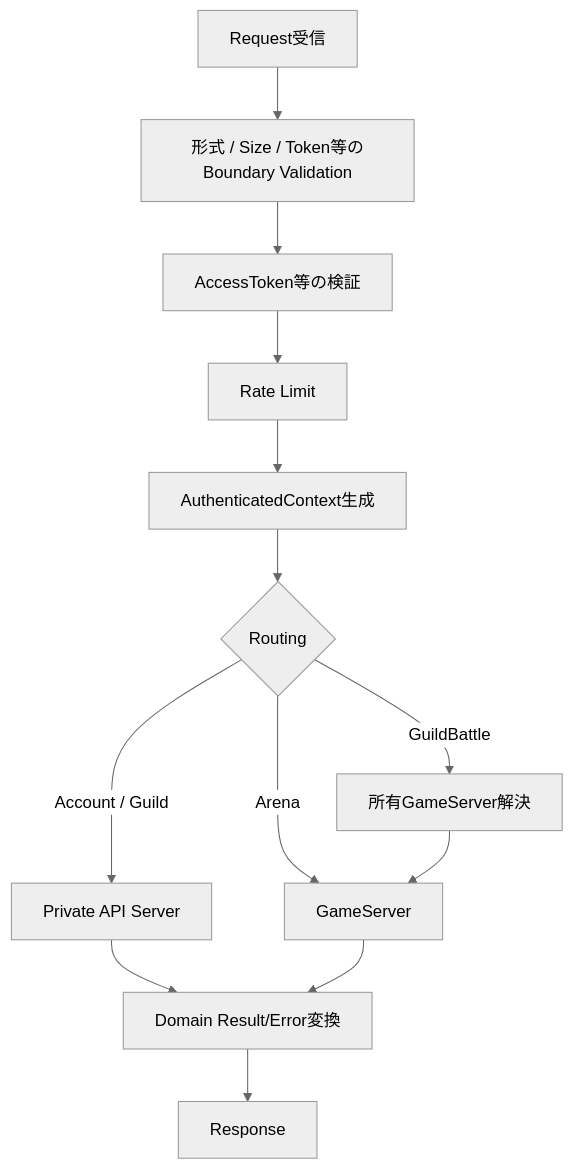
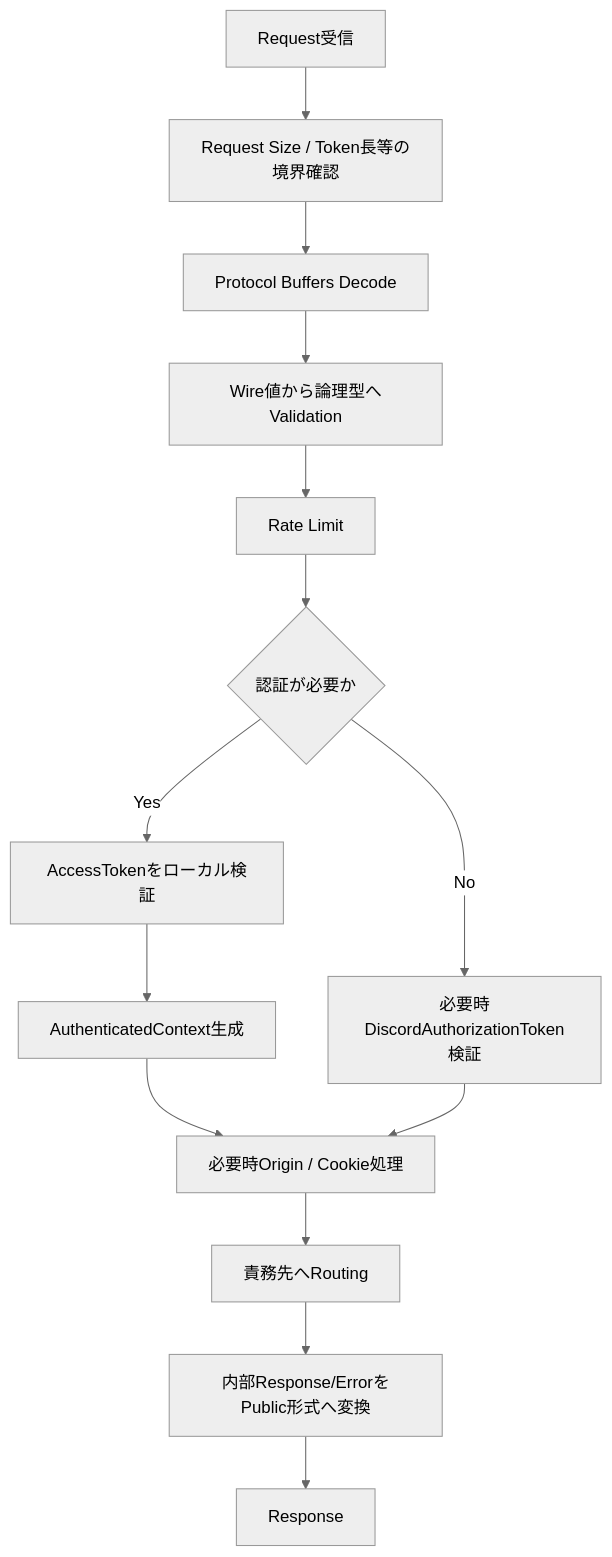
The second of 2 diagrams in design/programming/server/public_api.md (ReHydrangeaOdyssey/Specifications), drawn with Mermaid (neutral theme) before and after one commit. The commit also changed other lines of this file and 35 other files, not shown here.

````diff
--- a/design/programming/server/public_api.md
+++ b/design/programming/server/public_api.md
@@ -72,15 +51,16 @@
 ```mermaid
 flowchart TD
-    Receive[Request受信] --> Boundary[形式 / Size / Token等のBoundary Validation]
-    Boundary --> Auth[AccessToken等の検証]
-    Auth --> Rate[Rate Limit]
-    Rate --> Context[AuthenticatedContext生成]
-    Context --> Route{Routing}
-    Route -->|Account / Guild| Private[Private API Server]
-    Route -->|Arena| Game[GameServer]
-    Route -->|GuildBattle| Resolve[所有GameServer解決]
-    Resolve --> Game
-    Private --> Convert[Domain Result/Error変換]
-    Game --> Convert
-    Convert --> Response[Response]
+    R[Request受信] --> L[Request Size / Token長等の境界確認]
+    L --> D[Protocol Buffers Decode]
+    D --> V[Wire値から論理型へValidation]
+    V --> RL[Rate Limit]
+    RL --> A{認証が必要か}
+    A -->|Yes| AV[AccessTokenをローカル検証]
+    AV --> C[AuthenticatedContext生成]
+    A -->|No| DA[必要時DiscordAuthorizationToken検証]
+    C --> O[必要時Origin / Cookie処理]
+    DA --> O
+    O --> RT[責務先へRouting]
+    RT --> M[内部Response/ErrorをPublic形式へ変換]
+    M --> S[Response]
 ```
````
